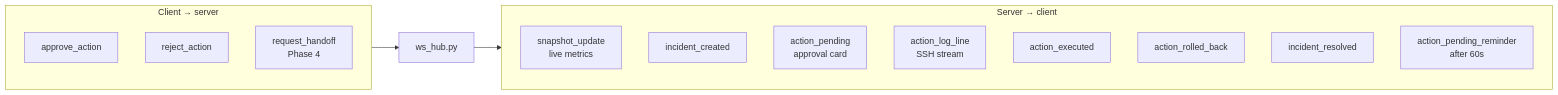
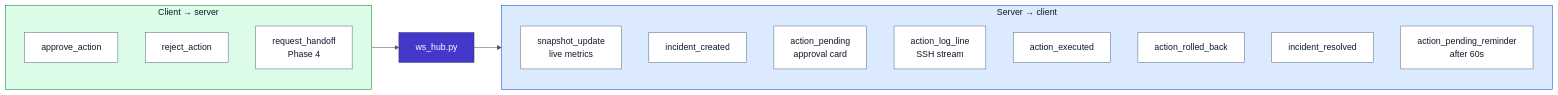
Before and after one commit to NevilPatel01/devops-mcp: diagram 11 of 12 in README.md, drawn with Mermaid. The commit also changed other lines of this file and 34 other files, not shown here.

````diff
--- a/README.md
+++ b/README.md
@@ -429,22 +655,29 @@
 ```mermaid
+%%{init: {'theme':'base', 'themeVariables': {'primaryTextColor':'#0f172a','secondaryTextColor':'#0f172a','tertiaryTextColor':'#0f172a','lineColor':'#475569','textColor':'#0f172a','clusterBkg':'#f8fafc','clusterBorder':'#64748b','titleColor':'#0f172a'}}}%%
 flowchart LR
   subgraph ServerToClient["Server → client"]
     S1["snapshot_update<br/>live metrics"]
     S2["incident_created"]
     S3["action_pending<br/>approval card"]
     S4["action_log_line<br/>SSH stream"]
     S5["action_executed"]
     S6["action_rolled_back"]
     S7["incident_resolved"]
     S8["action_pending_reminder<br/>after 60s"]
   end
 
   subgraph ClientToServer["Client → server"]
     C1["approve_action"]
     C2["reject_action"]
     C3["request_handoff<br/>Phase 4"]
   end
 
   Hub["ws_hub.py"] --> ServerToClient
   ClientToServer --> Hub
+
+  style ServerToClient fill:#dbeafe,stroke:#1d4ed8,color:#0f172a
+  style ClientToServer fill:#dcfce7,stroke:#15803d,color:#0f172a
+  style Hub fill:#4338ca,stroke:#312e81,color:#ffffff
+  classDef evt fill:#ffffff,stroke:#64748b,color:#0f172a
+  class S1,S2,S3,S4,S5,S6,S7,S8,C1,C2,C3 evt
 ```
````
